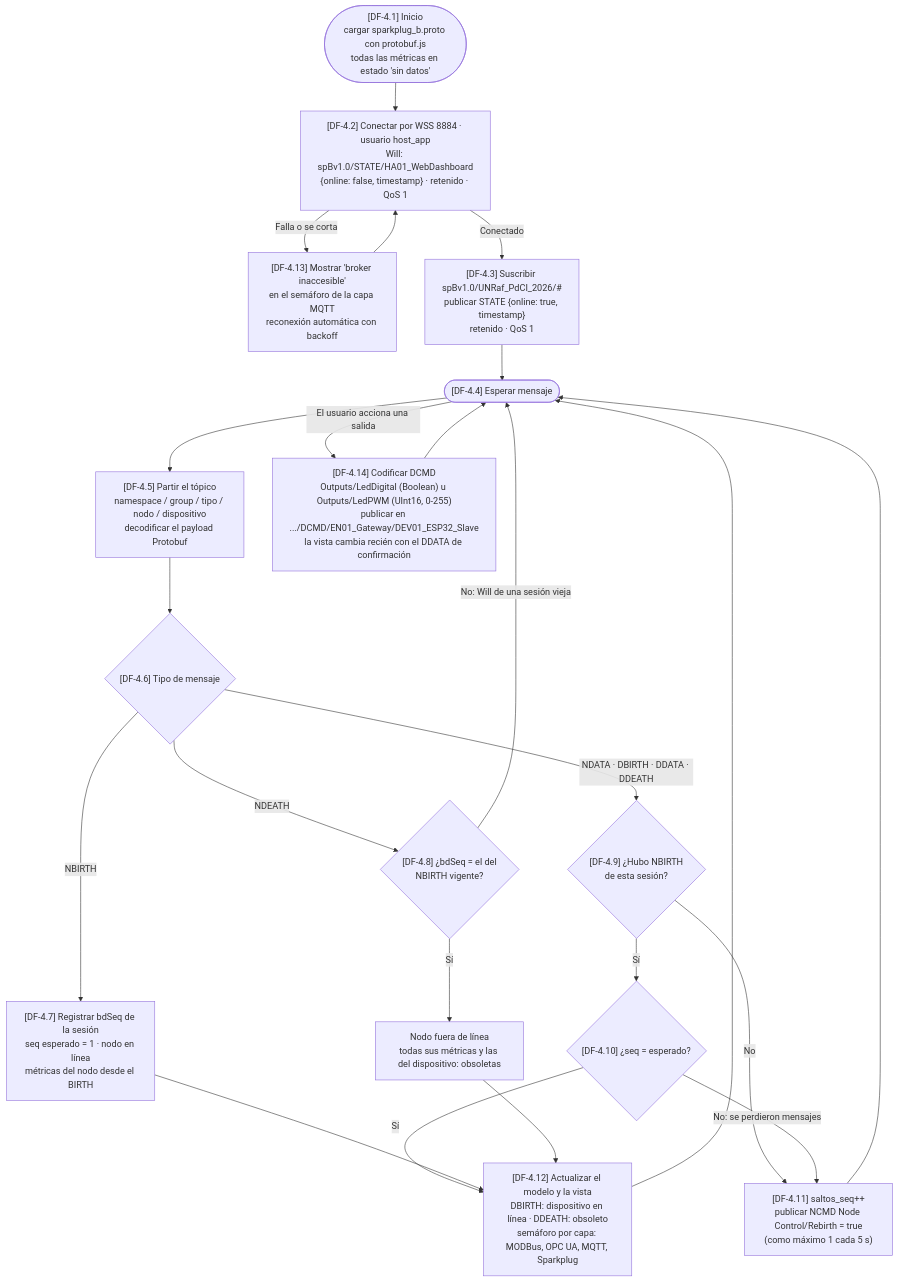
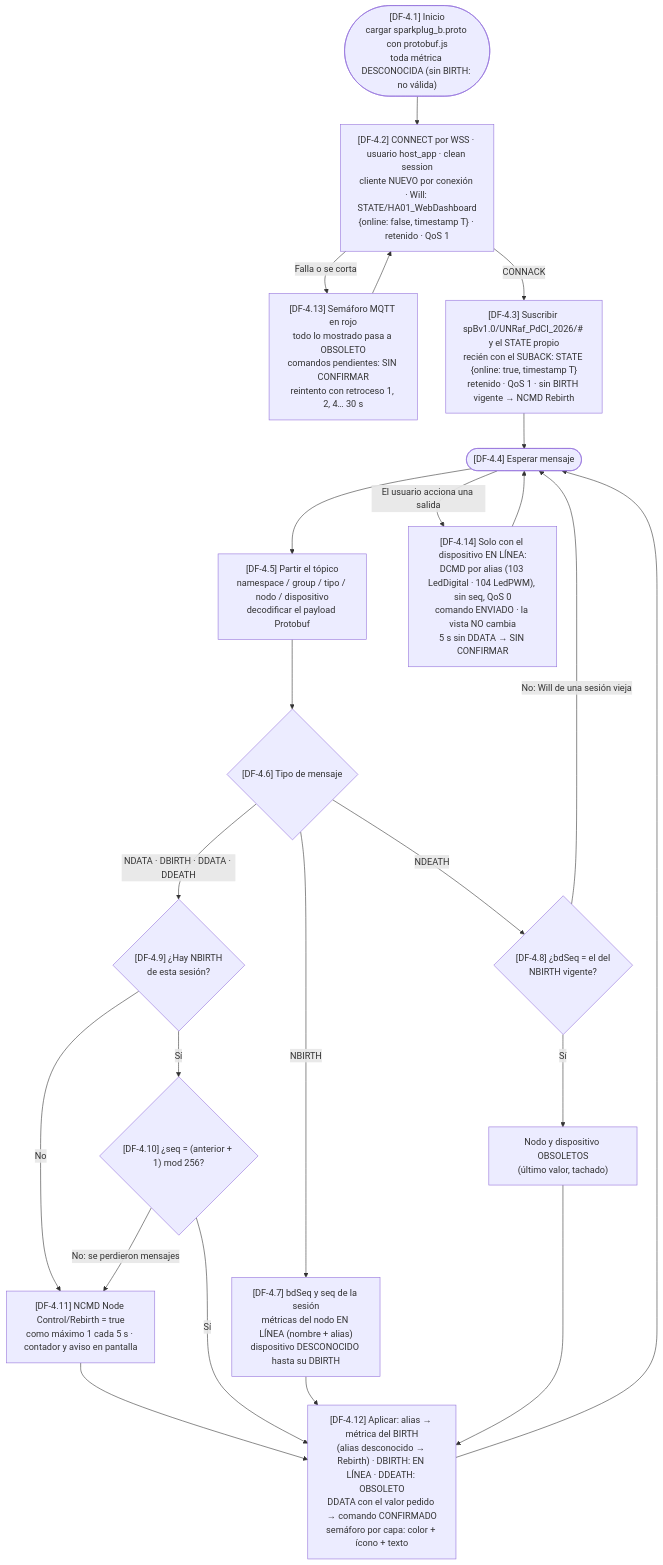
Before and after one commit to bevilacquafrancisco/protocolos-comunicaciones-industriales: the diagram in tarea-3/docs/diagramas/flujo-host-app.mmd, drawn with Mermaid. The commit also changed 31 other files, not shown here.

First line of the commit message:
feat(tarea3): agregar la Host Application web Sparkplug B y el Edge Node de prueba

```diff
--- a/tarea-3/docs/diagramas/flujo-host-app.mmd
+++ b/tarea-3/docs/diagramas/flujo-host-app.mmd
@@ -1,27 +1,28 @@
 %% flujo-host-app.mmd — Host Application Sparkplug B (página web)
-%% Cada bloque [DF-4.x] se cita en el comentario JSDoc de la función que lo implementa.
+%% Cada bloque [DF-4.x] se cita en el comentario JSDoc de la función que lo implementa
+%% (hmi-web/sparkplug.js: núcleo sin DOM ni MQTT · hmi-web/app.js: vista y conexión).
 %% Requisitos I-08 (STATE, Rebirth) e I-05 (estadística de las cuatro capas)
 flowchart TD
-    A(["[DF-4.1] Inicio<br/>cargar sparkplug_b.proto con protobuf.js<br/>todas las métricas en estado 'sin datos'"])
-    A --> B["[DF-4.2] Conectar por WSS 8884 · usuario host_app<br/>Will: spBv1.0/STATE/HA01_WebDashboard<br/>{online: false, timestamp} · retenido · QoS 1"]
-    B -- "Falla o se corta" --> RX["[DF-4.13] Mostrar 'broker inaccesible'<br/>en el semáforo de la capa MQTT<br/>reconexión automática con backoff"]
+    A(["[DF-4.1] Inicio<br/>cargar sparkplug_b.proto con protobuf.js<br/>toda métrica DESCONOCIDA (sin BIRTH: no válida)"])
+    A --> B["[DF-4.2] CONNECT por WSS · usuario host_app · clean session<br/>cliente NUEVO por conexión · Will: STATE/HA01_WebDashboard<br/>{online: false, timestamp T} · retenido · QoS 1"]
+    B -- "Falla o se corta" --> RX["[DF-4.13] Semáforo MQTT en rojo<br/>todo lo mostrado pasa a OBSOLETO<br/>comandos pendientes: SIN CONFIRMAR<br/>reintento con retroceso 1, 2, 4… 30 s"]
     RX --> B
-    B -- "Conectado" --> C["[DF-4.3] Suscribir spBv1.0/UNRaf_PdCI_2026/#<br/>publicar STATE {online: true, timestamp}<br/>retenido · QoS 1"]
+    B -- "CONNACK" --> C["[DF-4.3] Suscribir spBv1.0/UNRaf_PdCI_2026/# y el STATE propio<br/>recién con el SUBACK: STATE {online: true, timestamp T}<br/>retenido · QoS 1 · sin BIRTH vigente → NCMD Rebirth"]
     C --> M(["[DF-4.4] Esperar mensaje"])
     M --> P["[DF-4.5] Partir el tópico<br/>namespace / group / tipo / nodo / dispositivo<br/>decodificar el payload Protobuf"]
     P --> T{"[DF-4.6] Tipo de mensaje"}
-    T -- NBIRTH --> NB["[DF-4.7] Registrar bdSeq de la sesión<br/>seq esperado = 1 · nodo en línea<br/>métricas del nodo desde el BIRTH"]
+    T -- NBIRTH --> NB["[DF-4.7] bdSeq y seq de la sesión<br/>métricas del nodo EN LÍNEA (nombre + alias)<br/>dispositivo DESCONOCIDO hasta su DBIRTH"]
     T -- NDEATH --> ND{"[DF-4.8] ¿bdSeq = el del<br/>NBIRTH vigente?"}
-    ND -- Sí --> ND1["Nodo fuera de línea<br/>todas sus métricas y las del dispositivo: obsoletas"]
+    ND -- Sí --> ND1["Nodo y dispositivo OBSOLETOS<br/>(último valor, tachado)"]
     ND -- "No: Will de una sesión vieja" --> M
-    T -- "NDATA · DBIRTH · DDATA · DDEATH" --> V{"[DF-4.9] ¿Hubo NBIRTH<br/>de esta sesión?"}
+    T -- "NDATA · DBIRTH · DDATA · DDEATH" --> V{"[DF-4.9] ¿Hay NBIRTH<br/>de esta sesión?"}
     V -- No --> RB
-    V -- Sí --> S{"[DF-4.10] ¿seq = esperado?"}
-    S -- "No: se perdieron mensajes" --> RB["[DF-4.11] saltos_seq++<br/>publicar NCMD Node Control/Rebirth = true<br/>(como máximo 1 cada 5 s)"]
-    S -- Sí --> U["[DF-4.12] Actualizar el modelo y la vista<br/>DBIRTH: dispositivo en línea · DDEATH: obsoleto<br/>semáforo por capa: MODBus, OPC UA, MQTT, Sparkplug"]
+    V -- Sí --> S{"[DF-4.10] ¿seq = (anterior + 1) mod 256?"}
+    S -- "No: se perdieron mensajes" --> RB["[DF-4.11] NCMD Node Control/Rebirth = true<br/>como máximo 1 cada 5 s · contador y aviso en pantalla"]
+    RB --> U
+    S -- Sí --> U["[DF-4.12] Aplicar: alias → métrica del BIRTH<br/>(alias desconocido → Rebirth) · DBIRTH: EN LÍNEA · DDEATH: OBSOLETO<br/>DDATA con el valor pedido → comando CONFIRMADO<br/>semáforo por capa: color + ícono + texto"]
     NB --> U
     ND1 --> U
-    RB --> M
     U --> M
-    M -- "El usuario acciona una salida" --> CMD["[DF-4.14] Codificar DCMD<br/>Outputs/LedDigital (Boolean) u Outputs/LedPWM (UInt16, 0-255)<br/>publicar en .../DCMD/EN01_Gateway/DEV01_ESP32_Slave<br/>la vista cambia recién con el DDATA de confirmación"]
+    M -- "El usuario acciona una salida" --> CMD["[DF-4.14] Solo con el dispositivo EN LÍNEA:<br/>DCMD por alias (103 LedDigital · 104 LedPWM), sin seq, QoS 0<br/>comando ENVIADO · la vista NO cambia<br/>5 s sin DDATA → SIN CONFIRMAR"]
     CMD --> M
```
